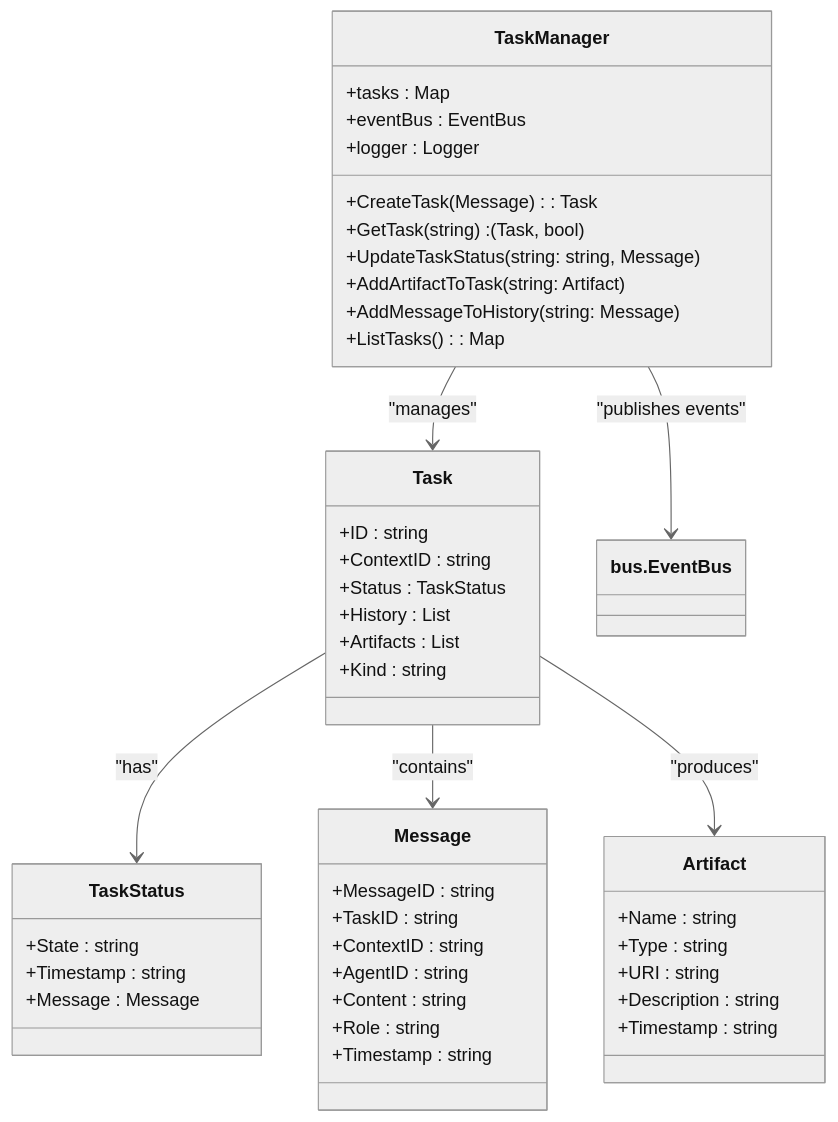
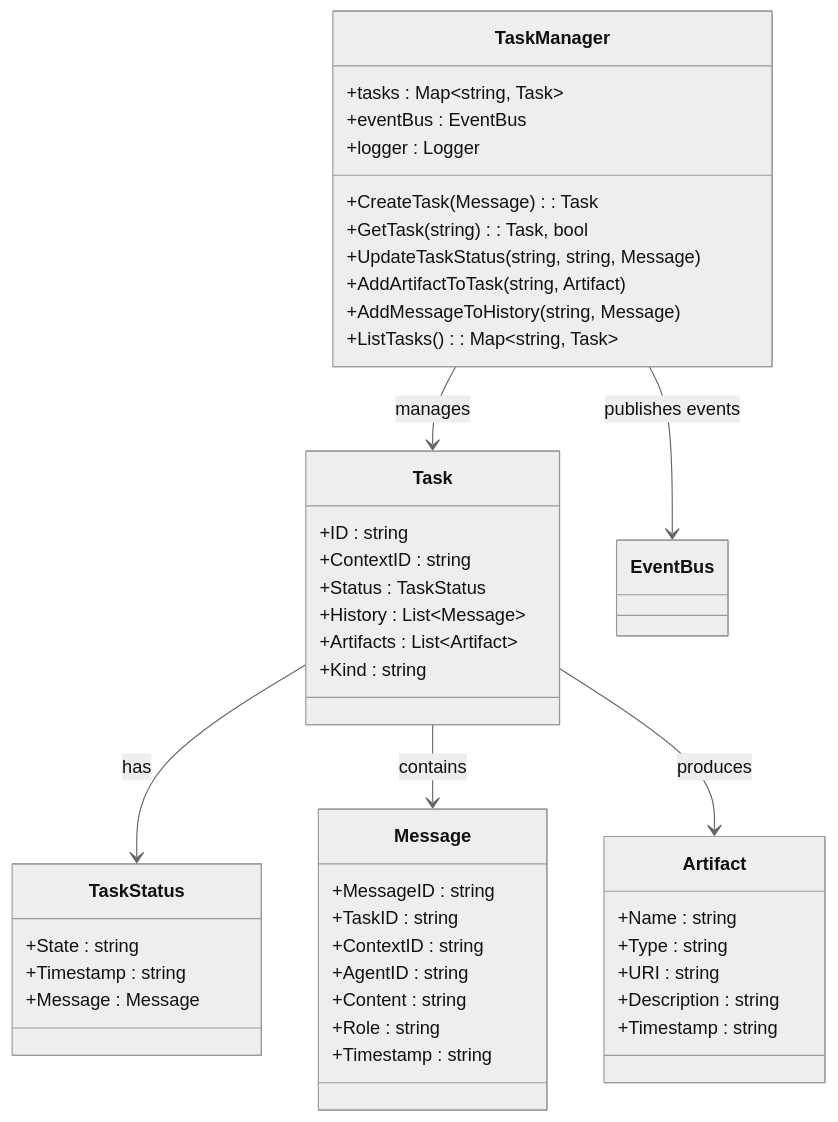
One commit to prxs-ai/praxis-go-sdk changed the sixth of 8 diagrams in docs/Project Overview.md. Above: the diagram before and after it, drawn with Mermaid (neutral theme). The commit also changed other lines of this file and 33 other files, not shown here.

````diff
--- a/docs/Project Overview.md
+++ b/docs/Project Overview.md
@@ -246,48 +246,50 @@
 ```mermaid
 classDiagram
 class TaskManager {
-+tasks : Map<string, Task>
++tasks : Map~string, Task~
 +eventBus : EventBus
 +logger : Logger
 +CreateTask(Message) : Task
-+GetTask(string) : (Task, bool)
-+UpdateTaskStatus(string: string, Message)
-+AddArtifactToTask(string: Artifact)
-+AddMessageToHistory(string: Message)
-+ListTasks() : Map<string, Task>
++GetTask(string) : Task, bool
++UpdateTaskStatus(string, string, Message)
++AddArtifactToTask(string, Artifact)
++AddMessageToHistory(string, Message)
++ListTasks() : Map~string, Task~
 }
 class Task {
 +ID : string
 +ContextID : string
 +Status : TaskStatus
-+History : List<Message>
-+Artifacts : List<Artifact>
++History : List~Message~
++Artifacts : List~Artifact~
 +Kind : string
 }
 class TaskStatus {
 +State : string
 +Timestamp : string
 +Message : Message
 }
 class Message {
 +MessageID : string
 +TaskID : string
 +ContextID : string
 +AgentID : string
 +Content : string
 +Role : string
 +Timestamp : string
 }
 class Artifact {
 +Name : string
 +Type : string
 +URI : string
 +Description : string
 +Timestamp : string
 }
-TaskManager --> Task : "manages"
-Task --> TaskStatus : "has"
-Task --> Message : "contains"
-Task --> Artifact : "produces"
-TaskManager --> bus.EventBus : "publishes events"
+class EventBus {
+}
+TaskManager --> Task : manages
+Task --> TaskStatus : has
+Task --> Message : contains
+Task --> Artifact : produces
+TaskManager --> EventBus : publishes events
 ```
````
